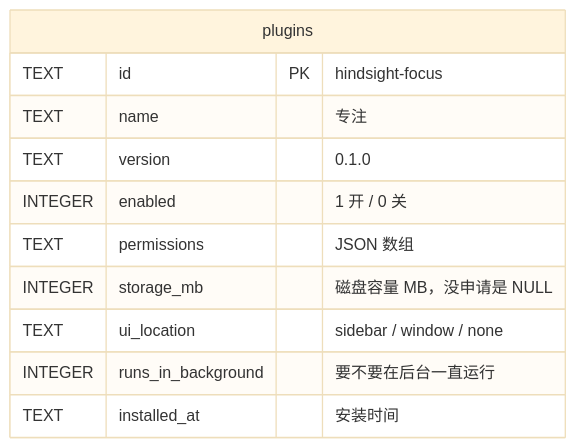
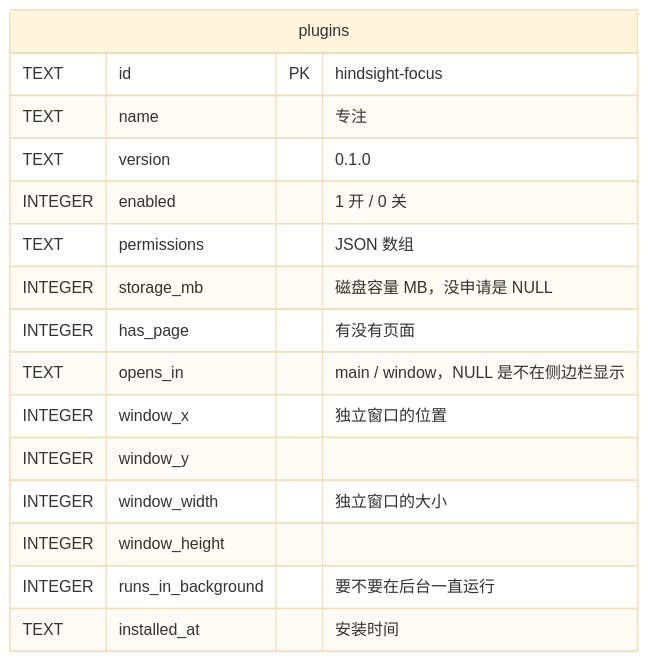
Before and after one commit to Tomotsugu-dev/Hindsight: the first of 2 diagrams in docs/design/plugins/zh/data.md, drawn with Mermaid (base theme). The commit also changed other lines of this file and 7 other files, not shown here.

First line of the commit message:
feat(plugins): let the user choose where a plugin page opens

````diff
--- a/docs/design/plugins/zh/data.md
+++ b/docs/design/plugins/zh/data.md
@@ -12,14 +12,19 @@
 ```mermaid
 erDiagram
   plugins {
     TEXT id PK "hindsight-focus"
     TEXT name "专注"
     TEXT version "0.1.0"
     INTEGER enabled "1 开 / 0 关"
     TEXT permissions "JSON 数组"
     INTEGER storage_mb "磁盘容量 MB，没申请是 NULL"
-    TEXT ui_location "sidebar / window / none"
+    INTEGER has_page "有没有页面"
+    TEXT opens_in "main / window，NULL 是不在侧边栏显示"
+    INTEGER window_x "独立窗口的位置"
+    INTEGER window_y
+    INTEGER window_width "独立窗口的大小"
+    INTEGER window_height
     INTEGER runs_in_background "要不要在后台一直运行"
     TEXT installed_at "安装时间"
   }
 ```
````
